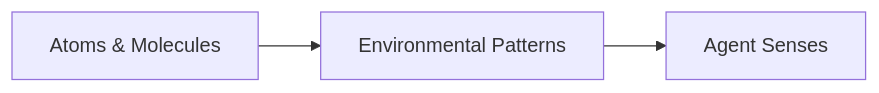
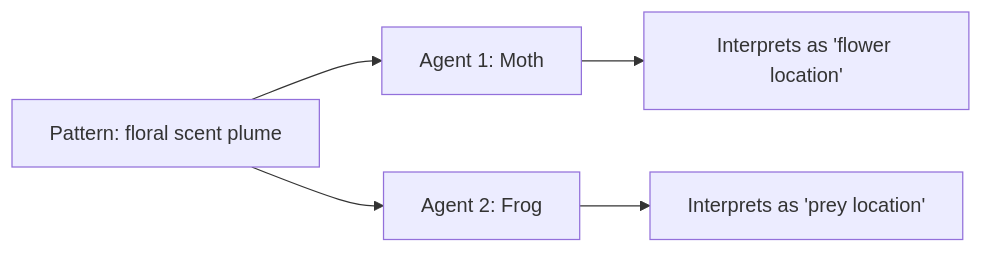
Before and after one commit to Staphylococcus/brain-from-brane: the fourth of 8 diagrams in docs/01-pattern-realism/1a-pathway-emergence.md, drawn with Mermaid. The commit also changed other lines of this file, not shown here.

Commit message:
Better illustrations for the environmental information part

````diff
--- a/docs/01-pattern-realism/1a-pathway-emergence.md
+++ b/docs/01-pattern-realism/1a-pathway-emergence.md
@@ -60,5 +74,7 @@
 ```mermaid
 flowchart LR
-  A["Atoms & Molecules"] --> E["Environmental Patterns"]
-  E --> S["Agent Senses"]
+  S["Pattern: floral scent plume"] --> M["Agent 1: Moth"]
+  M --> R1["Interprets as 'flower location'"]
+  S --> F["Agent 2: Frog"]
+  F --> R2["Interprets as 'prey location'"]
 ```
````
